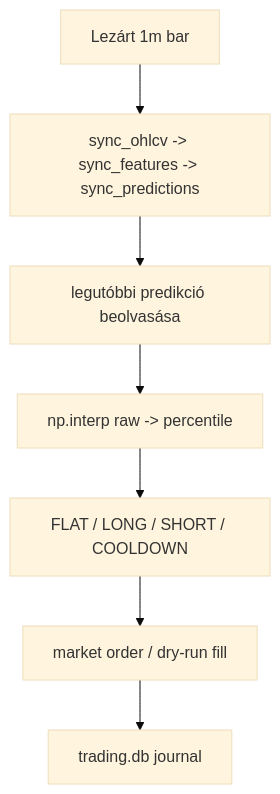
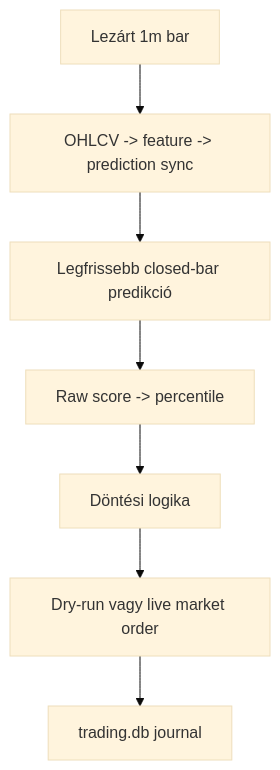
One commit to Nemesis14/chronoquant changed the first of 4 diagrams in _doc_/methodology_doc/7100_live_trading.md. Above: the diagram before and after it, drawn with Mermaid (base theme). The commit also changed other lines of this file and 1415 other files, not shown here.

````diff
--- a/_doc_/methodology_doc/7100_live_trading.md
+++ b/_doc_/methodology_doc/7100_live_trading.md
@@ -11,12 +7,12 @@
 ```mermaid
 flowchart TD
-  BAR["Lezárt 1m bar"]
-  SYNC["sync_ohlcv -> sync_features -> sync_predictions"]
-  READ["legutóbbi predikció beolvasása"]
-  PCT["np.interp raw -> percentile"]
-  FSM["FLAT / LONG / SHORT / COOLDOWN"]
-  EXEC["market order / dry-run fill"]
-  DB["trading.db journal"]
+  BAR[Lezárt 1m bar]
+  SYNC[OHLCV -> feature -> prediction sync]
+  READ[Legfrissebb closed-bar predikció]
+  PCT[Raw score -> percentile]
+  DEC[Döntési logika]
+  EXEC[Dry-run vagy live market order]
+  JRN[trading.db journal]
 
-  BAR --> SYNC --> READ --> PCT --> FSM --> EXEC --> DB
+  BAR --> SYNC --> READ --> PCT --> DEC --> EXEC --> JRN
 ```
````
